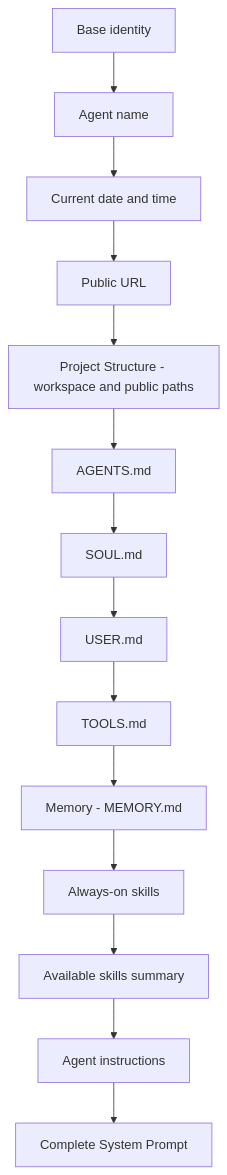
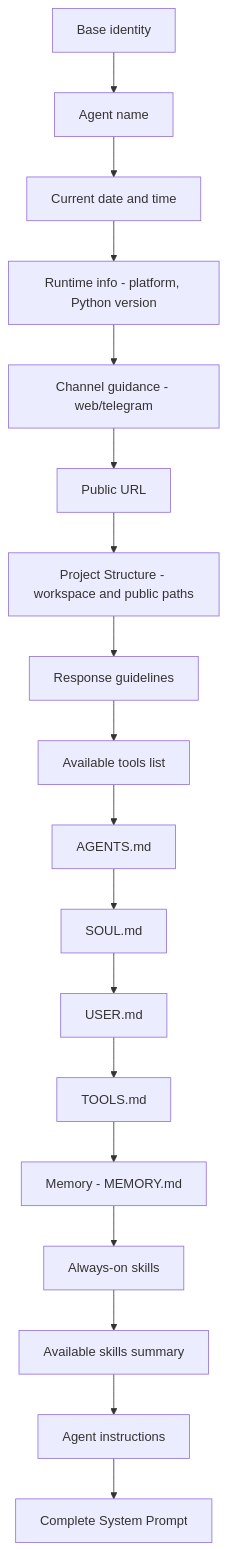
One commit to openbotx/openbotx changed the sixth of 19 diagrams in docs/flow.md. Above: the diagram before and after it, drawn with Mermaid. The commit also changed other lines of this file and 18 other files, not shown here.

````diff
--- a/docs/flow.md
+++ b/docs/flow.md
@@ -392,16 +392,20 @@
 ```mermaid
 graph TD
     A[Base identity] --> A1[Agent name]
     A1 --> B[Current date and time]
-    B --> B1[Public URL]
+    B --> B0[Runtime info - platform, Python version]
+    B0 --> B00[Channel guidance - web/telegram]
+    B00 --> B1[Public URL]
     B1 --> B2[Project Structure - workspace and public paths]
-    B2 --> C[AGENTS.md]
+    B2 --> B3[Response guidelines]
+    B3 --> B4[Available tools list]
+    B4 --> C[AGENTS.md]
     C --> D[SOUL.md]
     D --> E[USER.md]
     E --> F[TOOLS.md]
     F --> G[Memory - MEMORY.md]
     G --> H[Always-on skills]
     H --> I[Available skills summary]
     I --> I1[Agent instructions]
     I1 --> J[Complete System Prompt]
 ```
````
